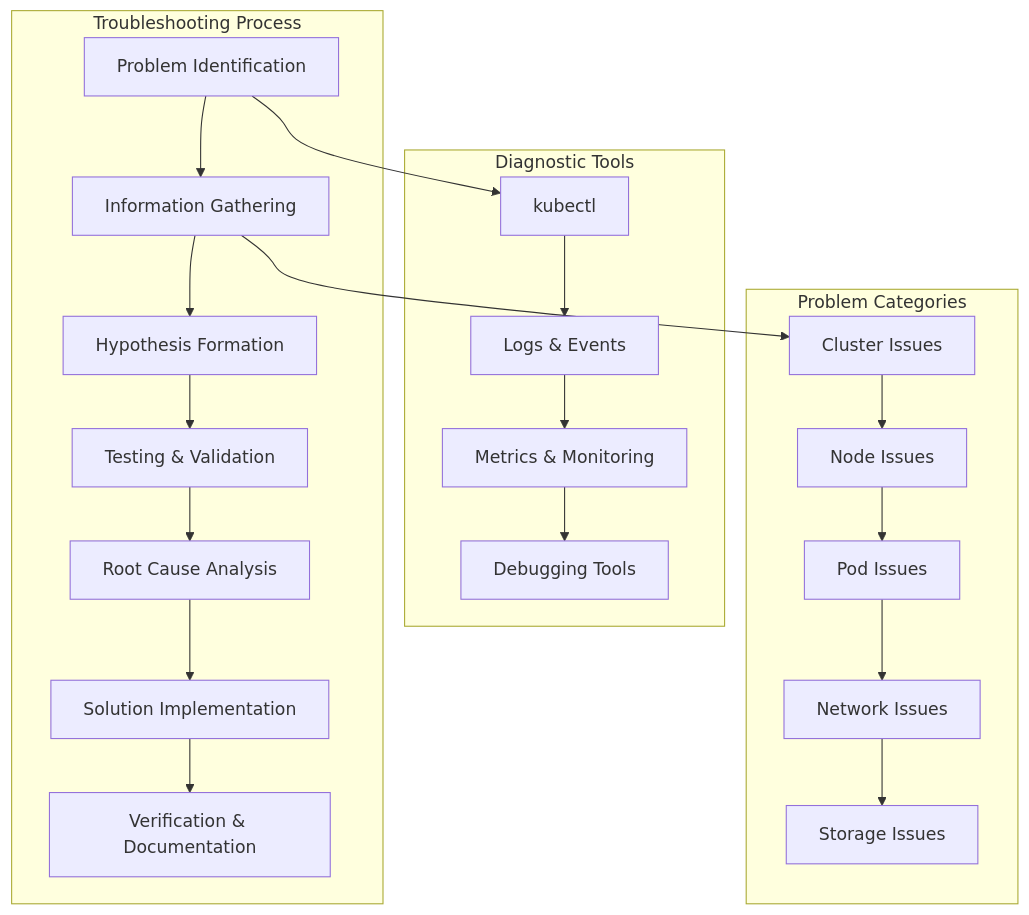
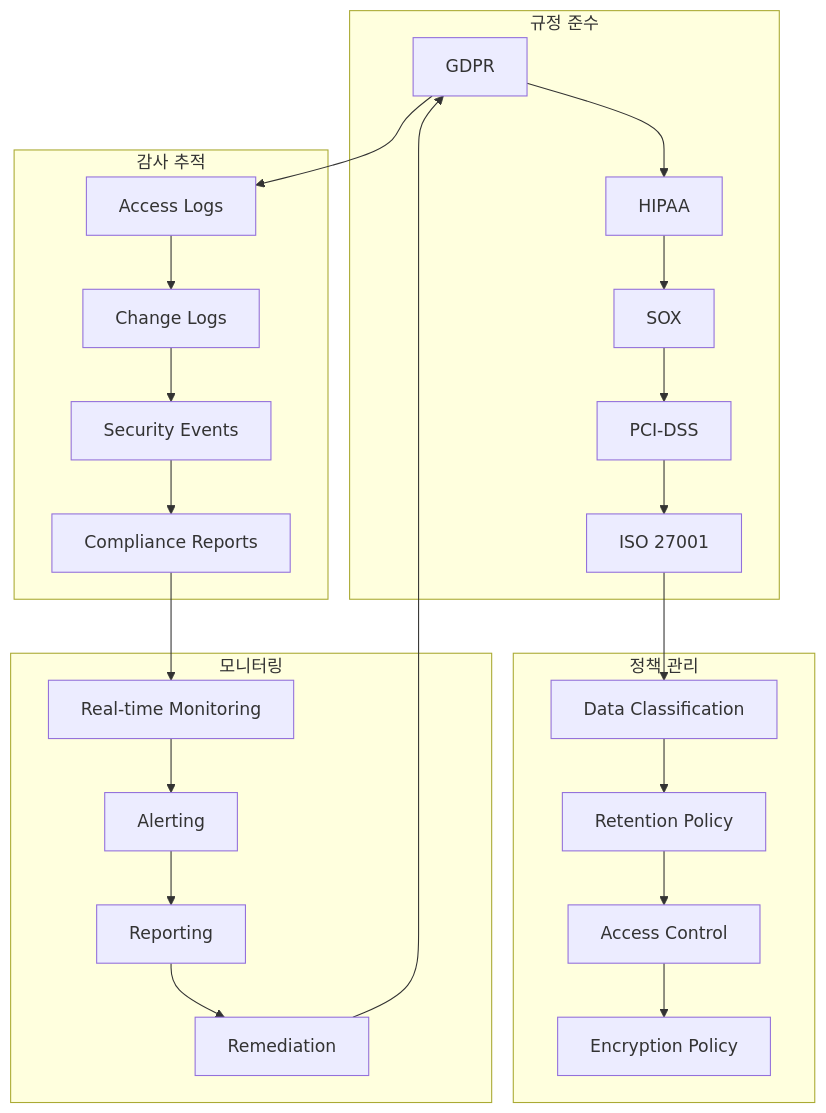
The fourth of 4 diagrams in week_02/day_04/session_04.md (niceguy61/kdt_devops_lecture_2025), drawn with Mermaid before and after one commit. The commit also changed other lines of this file and 38 other files, not shown here.

````diff
--- a/week_02/day_04/session_04.md
+++ b/week_02/day_04/session_04.md
@@ -15,27 +515,32 @@
 ```mermaid
 graph TB
-    subgraph "Troubleshooting Process"
-        A[Problem Identification] --> B[Information Gathering]
-        B --> C[Hypothesis Formation]
-        C --> D[Testing & Validation]
-        D --> E[Root Cause Analysis]
-        E --> F[Solution Implementation]
-        F --> G[Verification & Documentation]
+    subgraph "규정 준수"
+        A[GDPR] --> B[HIPAA]
+        B --> C[SOX]
+        C --> D[PCI-DSS]
+        D --> E[ISO 27001]
     end
     
-    subgraph "Diagnostic Tools"
-        H[kubectl] --> I[Logs & Events]
-        I --> J[Metrics & Monitoring]
-        J --> K[Debugging Tools]
+    subgraph "감사 추적"
+        F[Access Logs] --> G[Change Logs]
+        G --> H[Security Events]
+        H --> I[Compliance Reports]
     end
     
-    subgraph "Problem Categories"
-        L[Cluster Issues] --> M[Node Issues]
-        M --> N[Pod Issues]
-        N --> O[Network Issues]
-        O --> P[Storage Issues]
+    subgraph "정책 관리"
+        J[Data Classification] --> K[Retention Policy]
+        K --> L[Access Control]
+        L --> M[Encryption Policy]
     end
     
-    A --> H
-    B --> L
+    subgraph "모니터링"
+        N[Real-time Monitoring] --> O[Alerting]
+        O --> P[Reporting]
+        P --> Q[Remediation]
+    end
+    
+    A --> F
+    E --> J
+    I --> N
+    Q --> A
 ```
````
